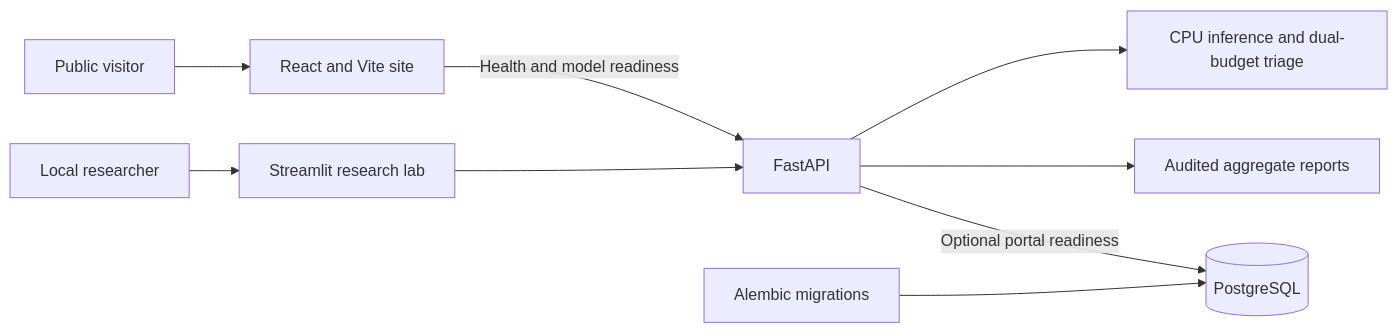
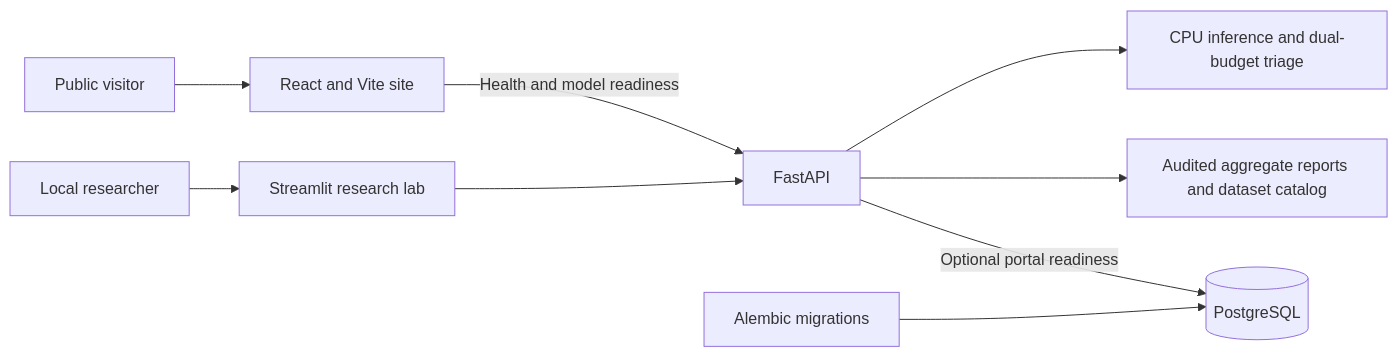
The diagram in docs/QSART_X_ROADMAP.md (Riteshhai/Retina-Opthalmology), drawn with Mermaid before and after one commit. The commit also changed other lines of this file and 12 other files, not shown here.

Commit message:
Verify frozen dataset imports and expose the QSART-X catalog

````diff
--- a/docs/QSART_X_ROADMAP.md
+++ b/docs/QSART_X_ROADMAP.md
@@ -11,11 +11,11 @@
 ```mermaid
 flowchart LR
     Visitor[Public visitor] --> Web[React and Vite site]
     Web -->|Health and model readiness| Api[FastAPI]
     Researcher[Local researcher] --> Lab[Streamlit research lab]
     Lab --> Api
     Api --> ML[CPU inference and dual-budget triage]
-    Api --> Reports[Audited aggregate reports]
+    Api --> Reports[Audited aggregate reports and dataset catalog]
     Api -->|Optional portal readiness| DB[(PostgreSQL)]
     Alembic[Alembic migrations] --> DB
 ```
````
